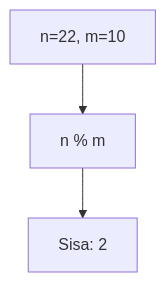
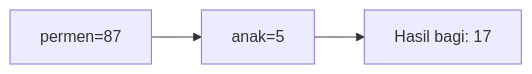
One commit to amnahwaida/OSNK_INF_PREP changed the second of 25 diagrams in part-c-pemahaman-cpp/01-tipe-data/latihan/set-12.md. Above: the diagram before and after it, drawn with Mermaid. The commit also changed other lines of this file and 71 other files, not shown here.

````diff
--- a/part-c-pemahaman-cpp/01-tipe-data/latihan/set-12.md
+++ b/part-c-pemahaman-cpp/01-tipe-data/latihan/set-12.md
@@ -49,5 +50,5 @@
 ```mermaid
-graph TD
-A["n=22, m=10"] --> B["n % m"]
-B --> C["Sisa: 2"]
+graph LR
+A["permen=87"] --> B["anak=5"]
+B --> C["Hasil bagi: 17"]
 ```
````
